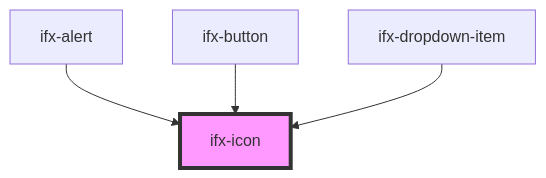
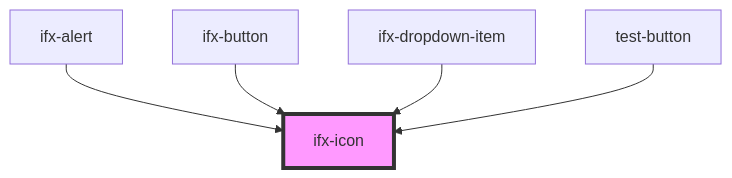
The diagram in src/components/icon/readme.md (Infineon/infineon-design-system-stencil), drawn with Mermaid before and after one commit. The commit also changed other lines of this file and 8 other files, not shown here.

````diff
--- a/src/components/icon/readme.md
+++ b/src/components/icon/readme.md
@@ -25,7 +26,8 @@
 ```mermaid
 graph TD;
   ifx-alert --> ifx-icon
   ifx-button --> ifx-icon
   ifx-dropdown-item --> ifx-icon
+  test-button --> ifx-icon
   style ifx-icon fill:#f9f,stroke:#333,stroke-width:4px
 ```
````
